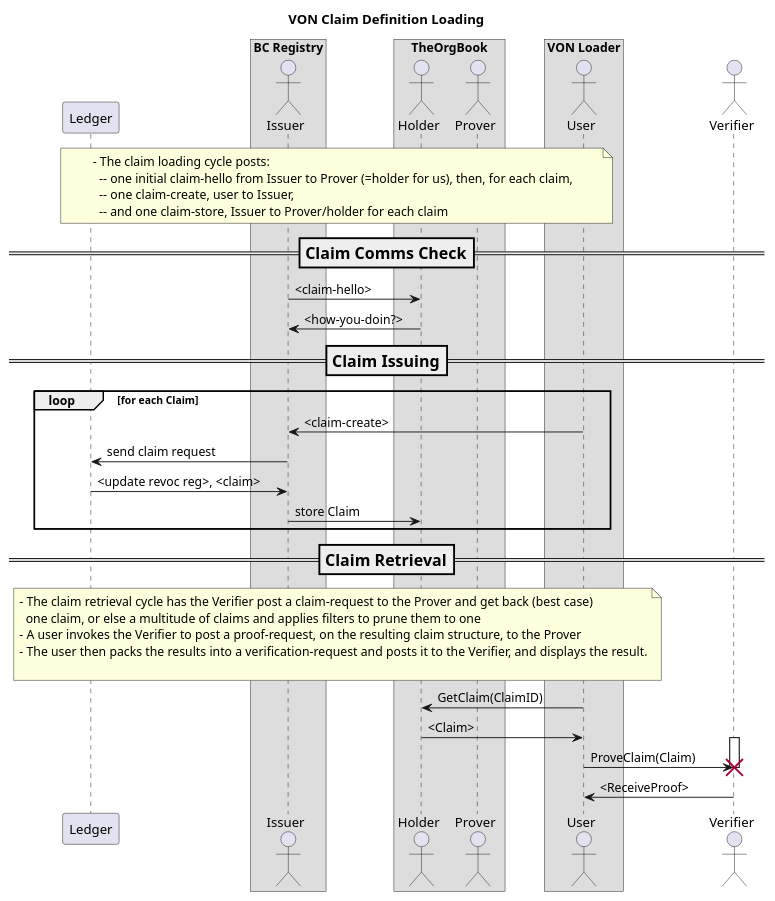
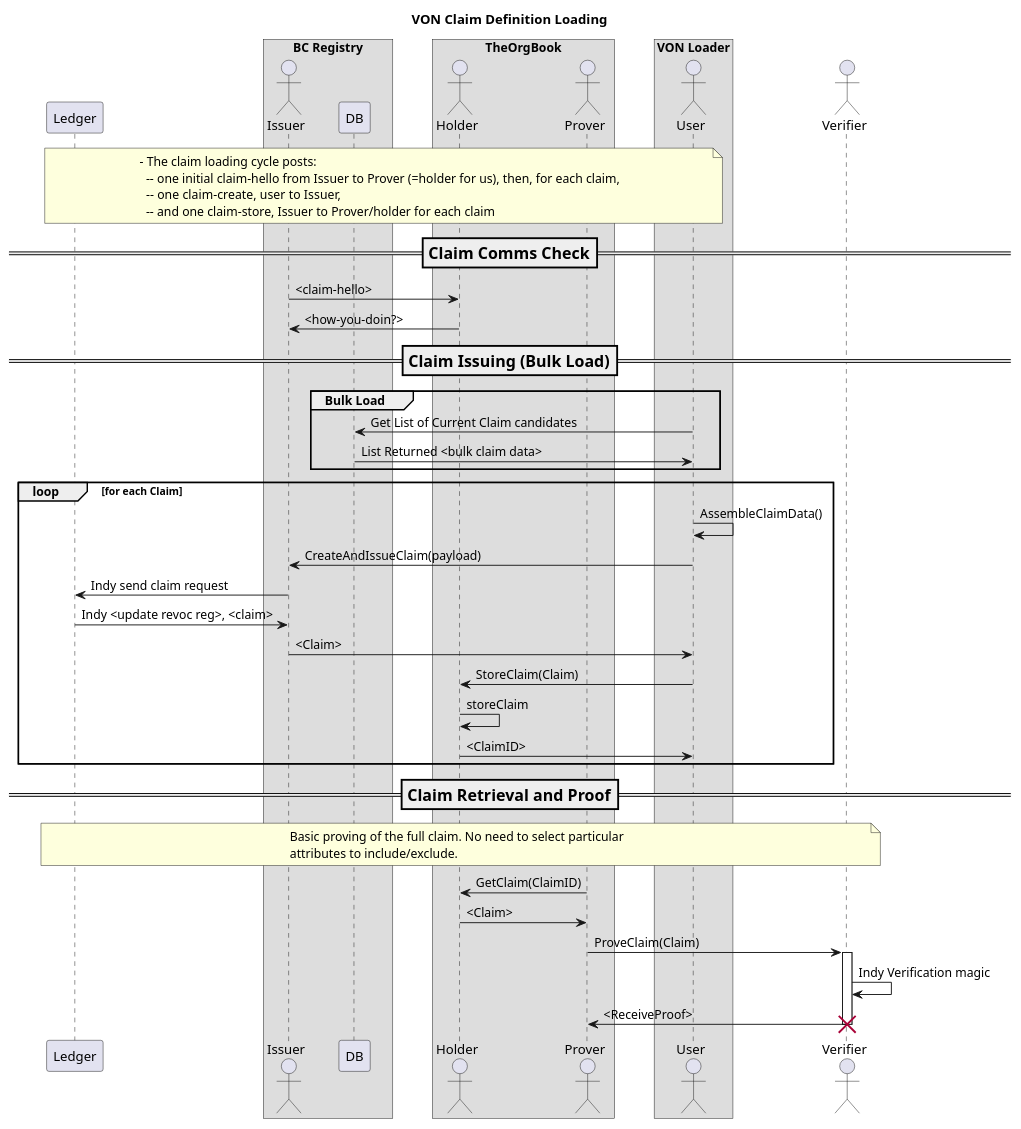
Before and after one commit to bcgov/von: the diagram in models/ClaimIssuing.puml, drawn with PlantUML.

Commit message:
updated to reflect simple API

```diff
--- a/models/ClaimIssuing.puml
+++ b/models/ClaimIssuing.puml
@@ -1,68 +1,74 @@
 @startuml
 skinparam ParticipantPadding 20
 skinparam BoxPadding 20
 
 title VON Claim Definition Loading
 
 
 
 participant "Ledger" as Ledger
 box "BC Registry"
 actor "Issuer" as I
+participant "DB" as DB
 endbox
 
 
 box "TheOrgBook"
   actor "Holder" as H
   actor "Prover" as P
 endbox
 
 box "VON Loader"
   actor "User" as U
 endbox
 
 actor "Verifier" as V
 
 
 note over Ledger, U
 - The claim loading cycle posts:
   -- one initial claim-hello from Issuer to Prover (=holder for us), then, for each claim,
   -- one claim-create, user to Issuer,
   -- and one claim-store, Issuer to Prover/holder for each claim
 endnote
 
 
 === Claim Comms Check ==
 
 I -> H: <claim-hello>
 H -> I: <how-you-doin?>
 
-=== Claim Issuing ==
+=== Claim Issuing (Bulk Load) ==
+group Bulk Load
+  U -> DB: Get List of Current Claim candidates
+  DB -> U: List Returned <bulk claim data>
+end group
 
 loop for each Claim
-  U -> I: <claim-create>
-  I -> Ledger: send claim request
-  Ledger -> I: <update revoc reg>, <claim>
-  I -> H: store Claim
-
+  U -> U: AssembleClaimData()
+  U -> I: CreateAndIssueClaim(payload)
+  I -> Ledger: Indy send claim request
+  Ledger -> I: Indy <update revoc reg>, <claim>
+  I -> U: <Claim>
+  U -> H: StoreClaim(Claim)
+  H -> H: storeClaim
+  H -> U: <ClaimID>
 end
 
 
-=== Claim Retrieval ==
+=== Claim Retrieval and Proof ==
 
-note over Ledger, U
-- The claim retrieval cycle has the Verifier post a claim-request to the Prover and get back (best case)
-  one claim, or else a multitude of claims and applies filters to prune them to one
-- A user invokes the Verifier to post a proof-request, on the resulting claim structure, to the Prover
-- The user then packs the results into a verification-request and posts it to the Verifier, and displays the result.
-
+note over Ledger, V
+Basic proving of the full claim. No need to select particular
+attributes to include/exclude.
 endnote
 
-U -> H: GetClaim(ClaimID)
-H -> U: <Claim>
+P -> H: GetClaim(ClaimID)
+H -> P: <Claim>
+P -> V: ProveClaim(Claim)
 activate V
-  U -> V: ProveClaim(Claim)
+  V -> V: Indy Verification magic
+  V -> P: <ReceiveProof>
 destroy V
-V -> U: <ReceiveProof>
 
 @enduml
```
